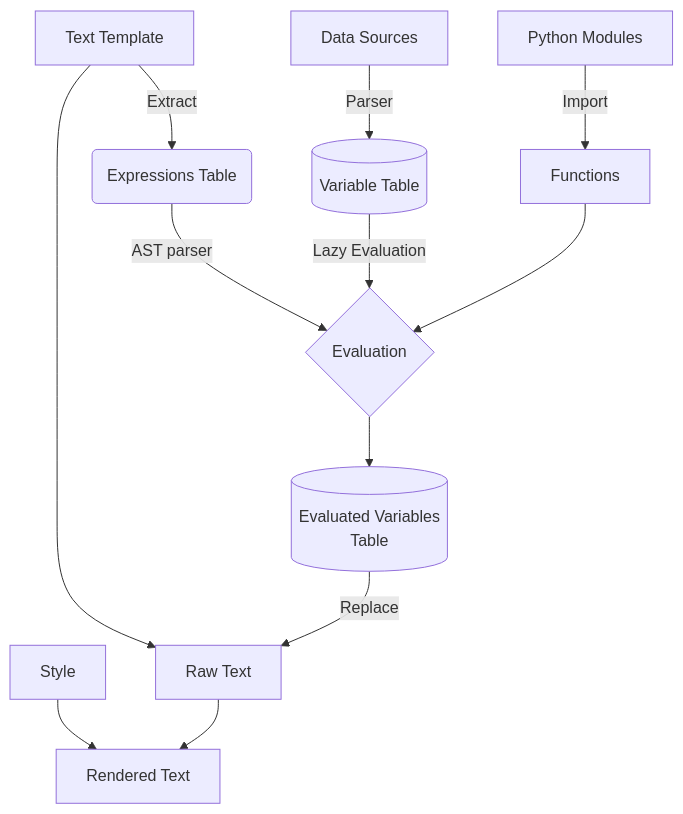
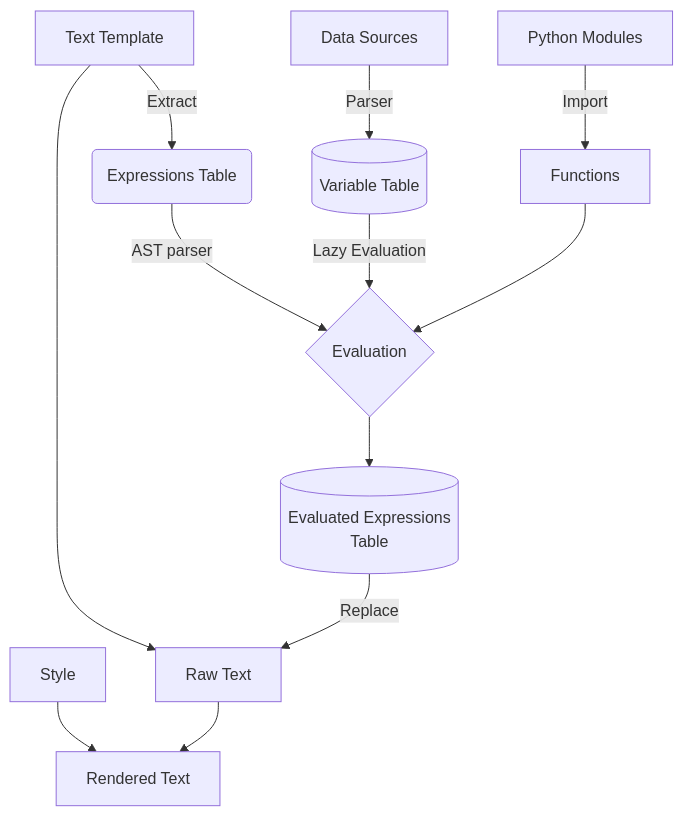
The diagram in README.md (HQU-gxy/template-documentation), drawn with Mermaid before and after one commit. The commit also changed other lines of this file, not shown here.

Commit message:
version control

````diff
--- a/README.md
+++ b/README.md
@@ -11,21 +11,21 @@
 ```mermaid
 graph TD
   DataSources["Data Sources"] --> |Parser| VariableTable[(Variable Table)]
 
   TextTemplate[Text Template] --> |Extract| Expressions(Expressions Table)
 
   Expressions --> |AST parser| Evaluation
 
   PythonModules["Python Modules"] --> |Import| Functions
 
   VariableTable --> |Lazy Evaluation| Evaluation{Evaluation}
   Functions --> Evaluation
 
-  Evaluation --> EvaluatedVars[(Evaluated Variables <br/> Table)]
+  Evaluation --> EvaluatedVars[(Evaluated Expressions <br/> Table)]
 
   TextTemplate --> RawText
   EvaluatedVars --> |Replace| RawText[Raw Text]
 
   Style[Style] --> RenderedText[Rendered Text]
   RawText --> RenderedText
 ```
````
